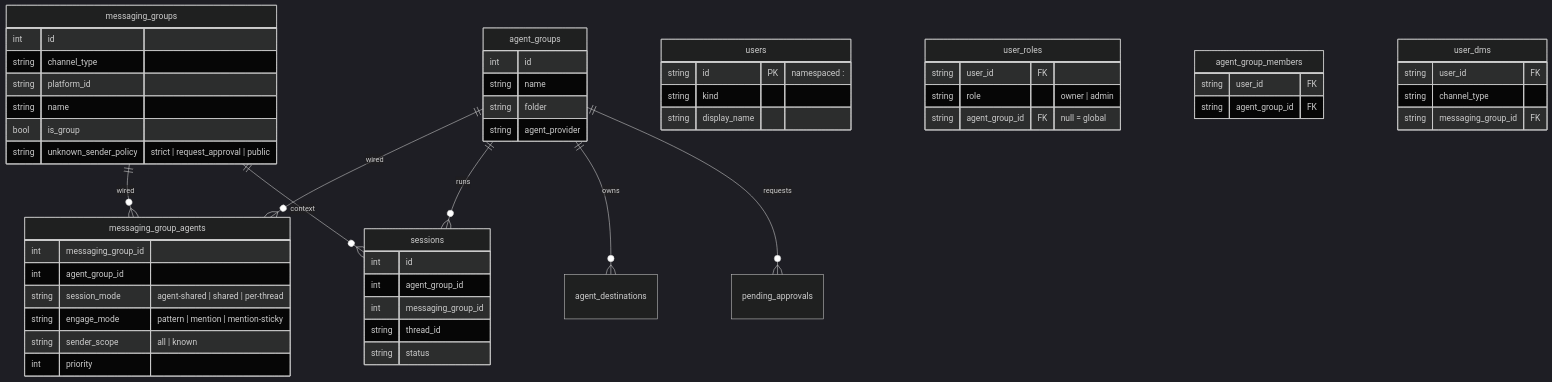
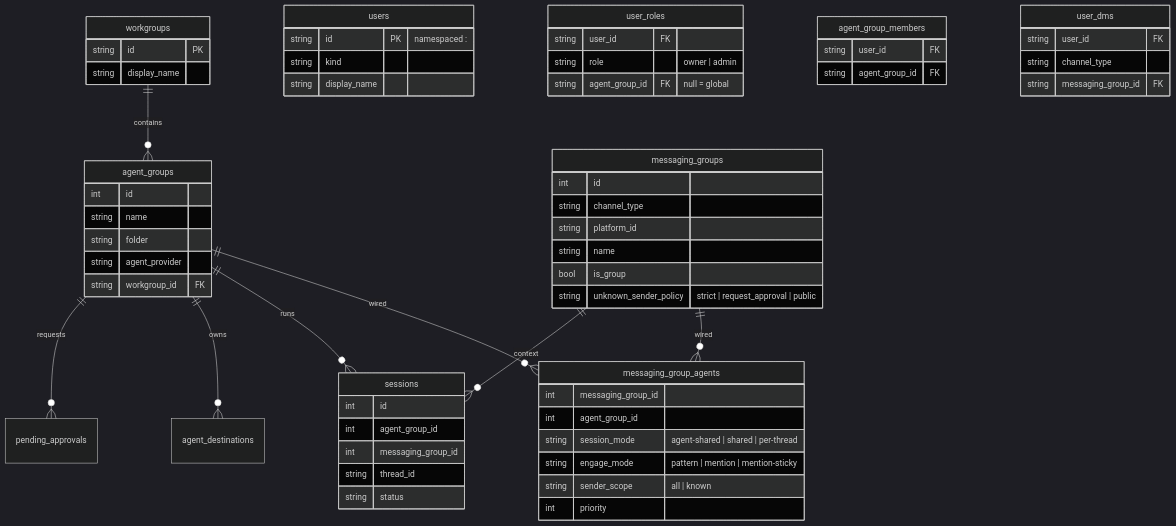
One commit to davekim917/nanoclaw changed the fourth of 5 diagrams in docs/architecture-diagram.md. Above: the diagram before and after it, drawn with Mermaid (dark theme). The commit also changed other lines of this file and 215 other files, not shown here.

Commit message:
feat(memory): ship shared workgroup memory architecture

````diff
--- a/docs/architecture-diagram.md
+++ b/docs/architecture-diagram.md
@@ -129,58 +134,64 @@
 ```mermaid
 erDiagram
+  workgroups ||--o{ agent_groups : contains
   agent_groups ||--o{ messaging_group_agents : wired
   messaging_groups ||--o{ messaging_group_agents : wired
   agent_groups ||--o{ sessions : runs
   messaging_groups ||--o{ sessions : context
   agent_groups ||--o{ agent_destinations : owns
   agent_groups ||--o{ pending_approvals : requests
 
+  workgroups {
+    string id PK
+    string display_name
+  }
   agent_groups {
     int id
     string name
     string folder
     string agent_provider
+    string workgroup_id FK
   }
   messaging_groups {
     int id
     string channel_type
     string platform_id
     string name
     bool is_group
     string unknown_sender_policy "strict | request_approval | public"
   }
   users {
     string id PK "namespaced <channel>:<handle>"
     string kind
     string display_name
   }
   user_roles {
     string user_id FK
     string role "owner | admin"
     string agent_group_id FK "null = global"
   }
   agent_group_members {
     string user_id FK
     string agent_group_id FK
   }
   user_dms {
     string user_id FK
     string channel_type
     string messaging_group_id FK
   }
   messaging_group_agents {
     int messaging_group_id
     int agent_group_id
     string session_mode "agent-shared | shared | per-thread"
     string engage_mode "pattern | mention | mention-sticky"
     string sender_scope "all | known"
     int priority
   }
   sessions {
     int id
     int agent_group_id
     int messaging_group_id
     string thread_id
     string status
   }
 ```
````
